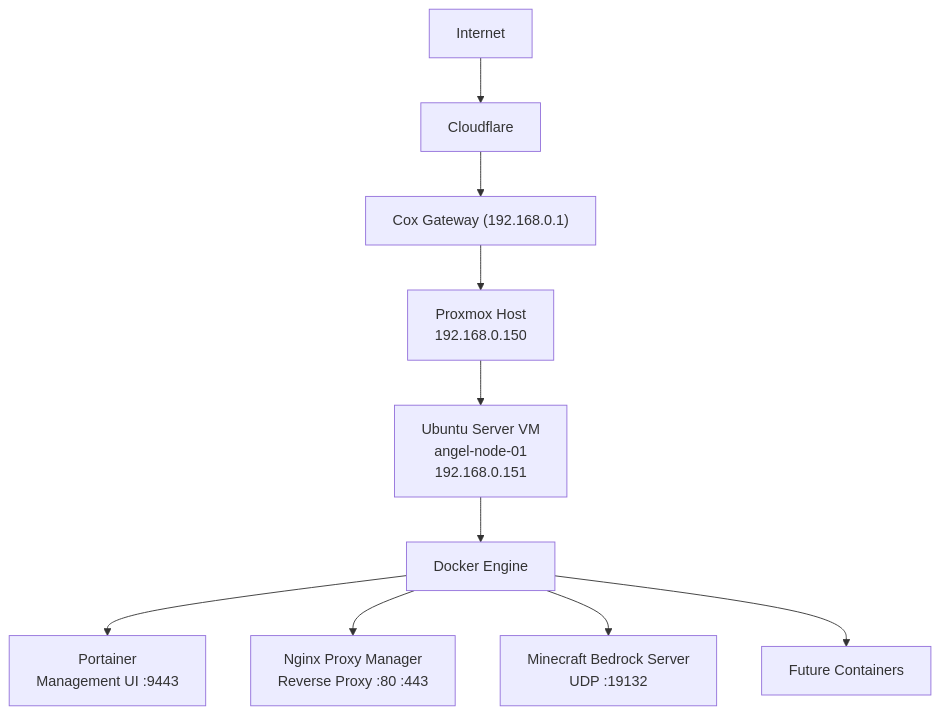
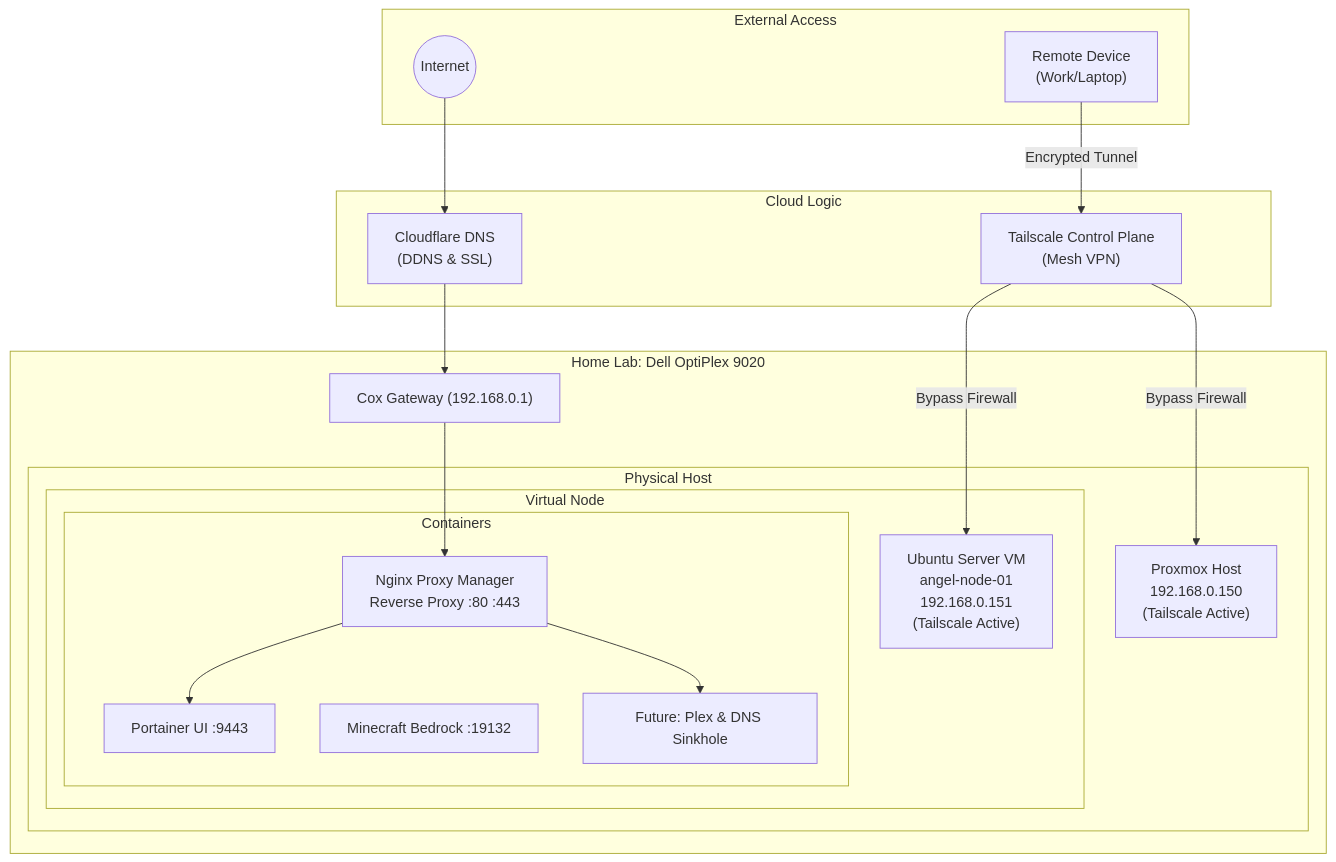
Before and after one commit to AndrewMacGregor1/Angel-Server-Lab: the diagram in README.md, drawn with Mermaid. The commit also changed other lines of this file and 7 other files, not shown here.

First line of the commit message:
docs: implement remote access & security roadmap (SOP-11, SOP-12)

````diff
--- a/README.md
+++ b/README.md
@@ -9,17 +9,43 @@
 ```mermaid
 graph TD
 
+subgraph External_World [External Access]
+    RemoteDevice["Remote Device<br>(Work/Laptop)"]
+    Internet((Internet))
+end
+
+subgraph Cloud_Services [Cloud Logic]
+    Cloudflare["Cloudflare DNS<br>(DDNS & SSL)"]
+    Tailscale["Tailscale Control Plane<br>(Mesh VPN)"]
+end
+
+subgraph Home_Network [Home Lab: Dell OptiPlex 9020]
+    Router["Cox Gateway (192.168.0.1)"]
+    
+    subgraph Hypervisor_Layer [Physical Host]
+        Proxmox["Proxmox Host<br>192.168.0.150<br>(Tailscale Active)"]
+        
+        subgraph Guest_OS [Virtual Node]
+            Ubuntu["Ubuntu Server VM<br>angel-node-01<br>192.168.0.151<br>(Tailscale Active)"]
+            
+            subgraph Docker_Platform [Containers]
+                NPM["Nginx Proxy Manager<br>Reverse Proxy :80 :443"]
+                Portainer["Portainer UI :9443"]
+                Minecraft["Minecraft Bedrock :19132"]
+                Future["Future: Plex & DNS Sinkhole"]
+            end
+        end
+    end
+end
+
+%% Connections
+RemoteDevice -- "Encrypted Tunnel" --> Tailscale
+Tailscale -- "Bypass Firewall" --> Proxmox
+Tailscale -- "Bypass Firewall" --> Ubuntu
+
 Internet --> Cloudflare
-Cloudflare --> Router["Cox Gateway (192.168.0.1)"]
-
-Router --> Proxmox["Proxmox Host<br>192.168.0.150"]
-
-Proxmox --> Ubuntu["Ubuntu Server VM<br>angel-node-01<br>192.168.0.151"]
-
-Ubuntu --> Docker["Docker Engine"]
-
-Docker --> Portainer["Portainer<br>Management UI :9443"]
-Docker --> NPM["Nginx Proxy Manager<br>Reverse Proxy :80 :443"]
-Docker --> Minecraft["Minecraft Bedrock Server<br>UDP :19132"]
-Docker --> Future["Future Containers"]
+Cloudflare --> Router
+Router --> NPM
+NPM --> Portainer
+NPM --> Future
 ```
````
